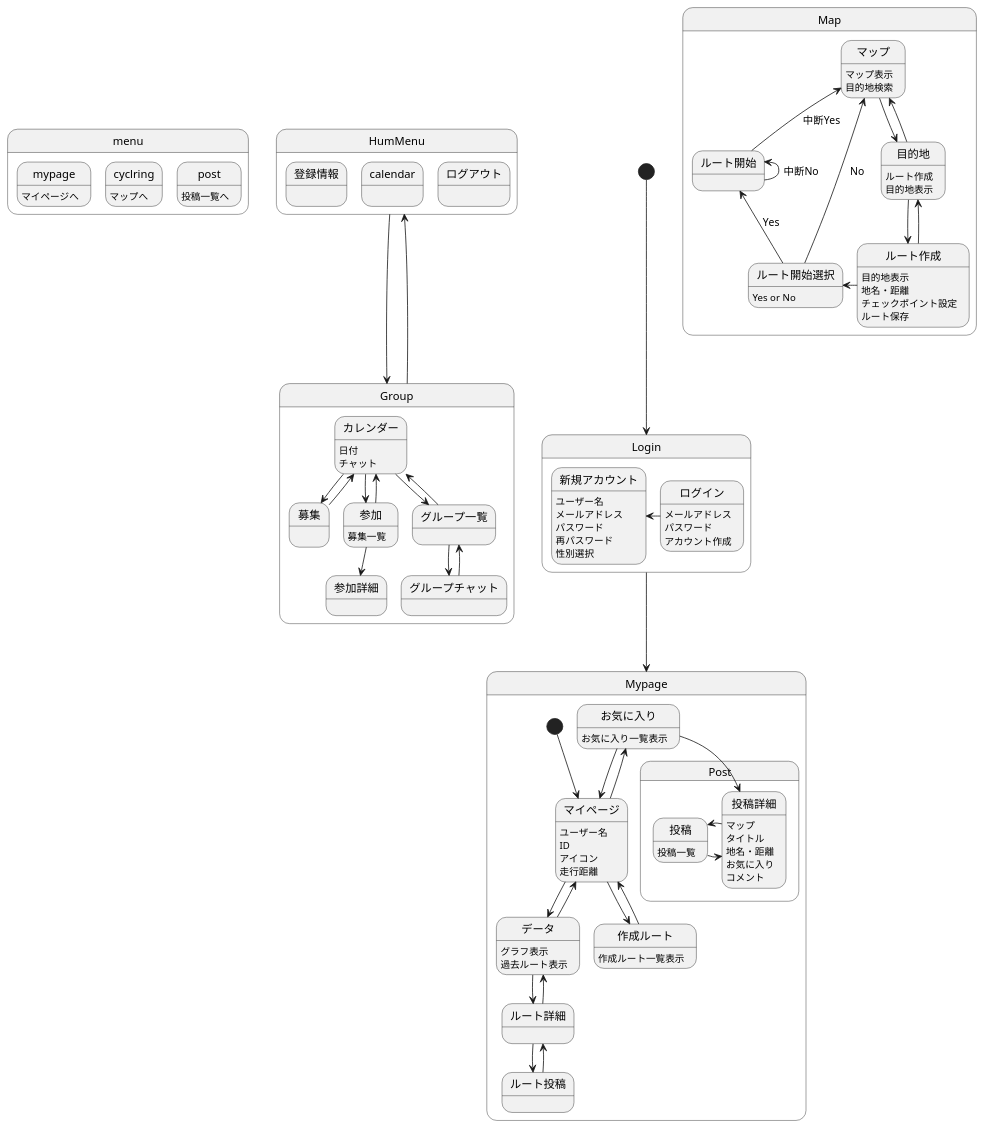
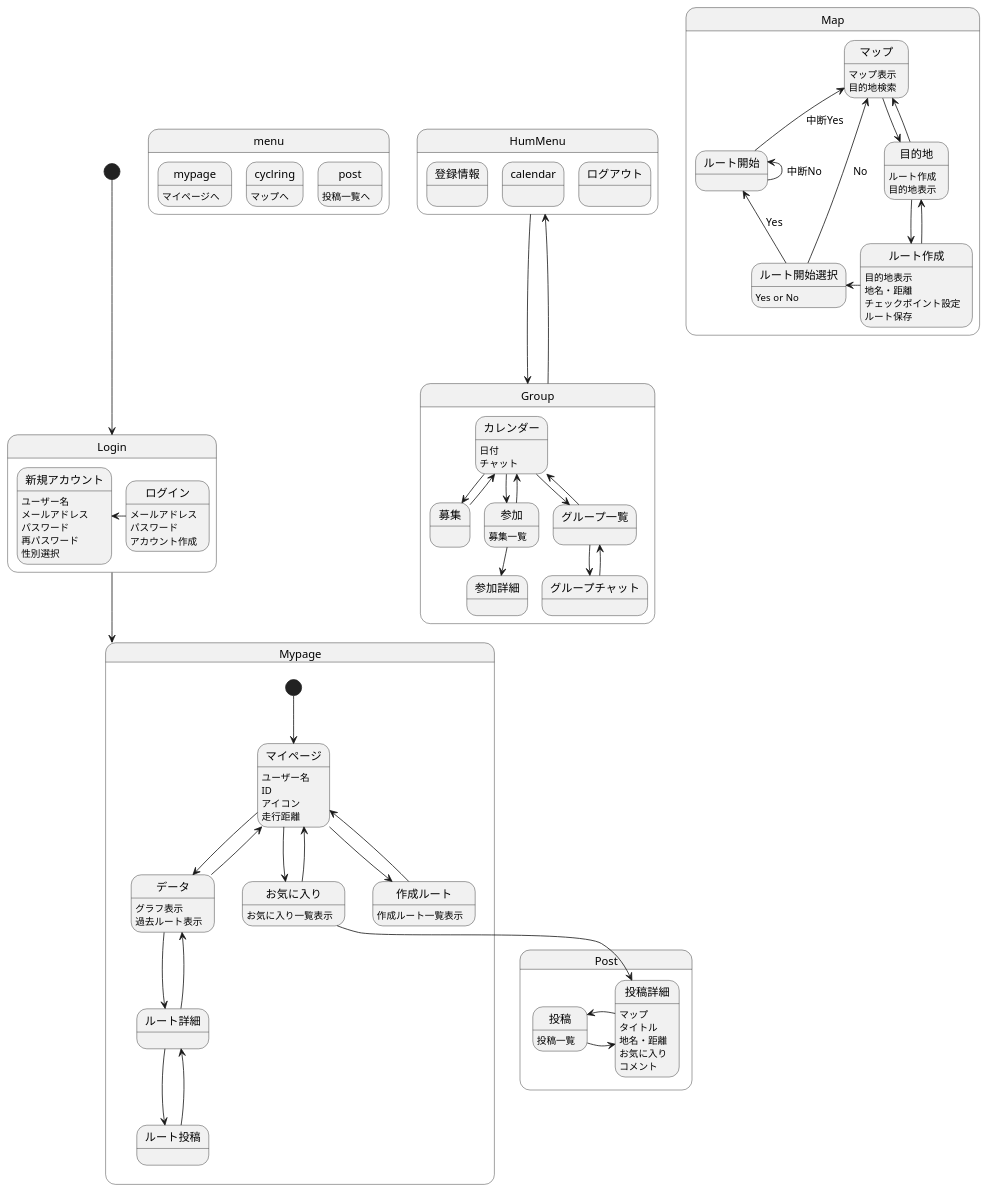
The diagram in 画面遷移図/gm.md (AsoSD3A3/CyclingSystem), drawn with PlantUML before and after one commit.

```diff
--- a/画面遷移図/gm.md
+++ b/画面遷移図/gm.md
@@ -68,6 +68,8 @@
 データ:過去ルート表示
 作成ルート:作成ルート一覧表示
 
+}
+
 state Post{
 
 投稿:投稿一覧
@@ -80,9 +82,6 @@
 投稿詳細:コメント
 }
 お気に入り-down->投稿詳細
-}
-
-
 
 state Map{
 
```
